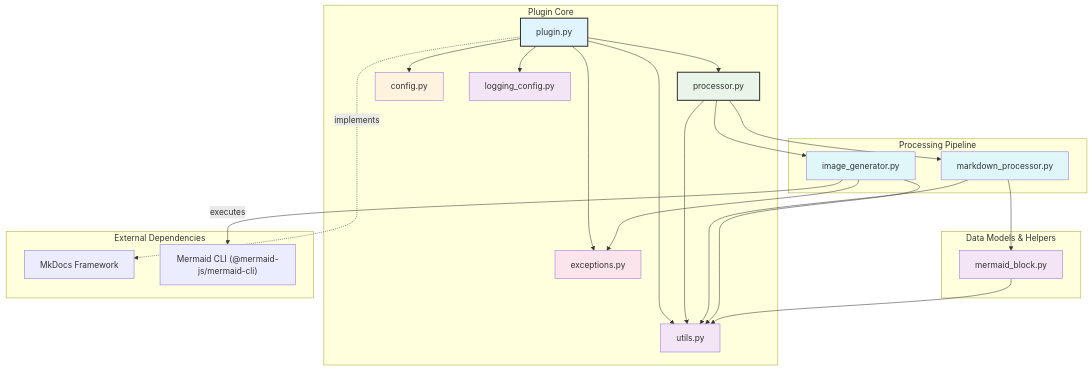
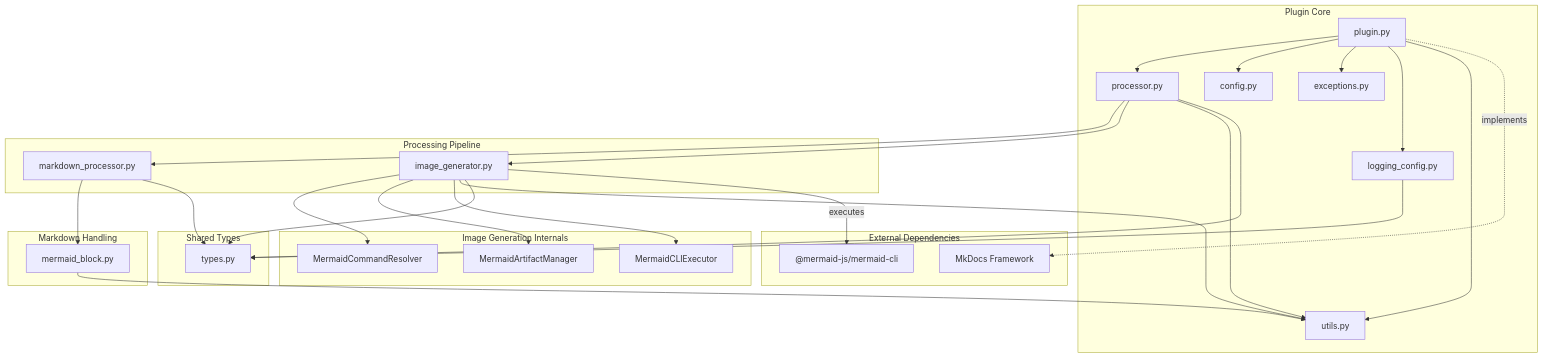
Before and after one commit to nuitsjp/mkdocs-mermaid-to-svg: the second of 4 diagrams in docs/architecture/index.md, drawn with Mermaid. The commit also changed other lines of this file and 1 other file, not shown here.

````diff
--- a/docs/architecture/index.md
+++ b/docs/architecture/index.md
@@ -29,42 +85,43 @@
 ```mermaid
 graph TD
     subgraph "Plugin Core"
         A[plugin.py] --> B[processor.py]
         A --> C[config.py]
         A --> D[exceptions.py]
-        A --> E[utils.py]
         A --> F[logging_config.py]
+        A --> U[utils.py]
     end
 
     subgraph "Processing Pipeline"
         B --> G[markdown_processor.py]
         B --> H[image_generator.py]
-        B --> E
+        B --> U
     end
 
-    subgraph "Data Models & Helpers"
+    subgraph "Markdown Handling"
         G --> I[mermaid_block.py]
-        G --> E
-        H --> D
-        H --> E
-        I --> E
+        I --> U
+    end
+
+    subgraph "Image Generation Internals"
+        H --> J[MermaidCommandResolver]
+        H --> K[MermaidArtifactManager]
+        H --> L[MermaidCLIExecutor]
+        H --> U
+    end
+
+    subgraph "Shared Types"
+        B --> T[types.py]
+        G --> T
+        H --> T
+        F --> T
     end
 
     subgraph "External Dependencies"
         MkDocs[MkDocs Framework]
-        MermaidCLI["Mermaid CLI (@mermaid-js/mermaid-cli)"]
+        MermaidCLI["@mermaid-js/mermaid-cli"]
     end
 
     A -.->|implements| MkDocs
     H -->|executes| MermaidCLI
-
-    style A fill:#e1f5fe,stroke:#333,stroke-width:2px
-    style B fill:#e8f5e8,stroke:#333,stroke-width:2px
-    style G fill:#e0f7fa
-    style H fill:#e0f7fa
-    style I fill:#f3e5f5
-    style C fill:#fff3e0
-    style D fill:#fce4ec
-    style E fill:#f3e5f5
-    style F fill:#f3e5f5
 ```
````
